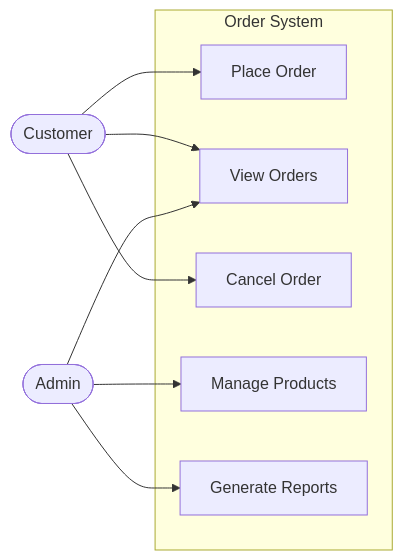
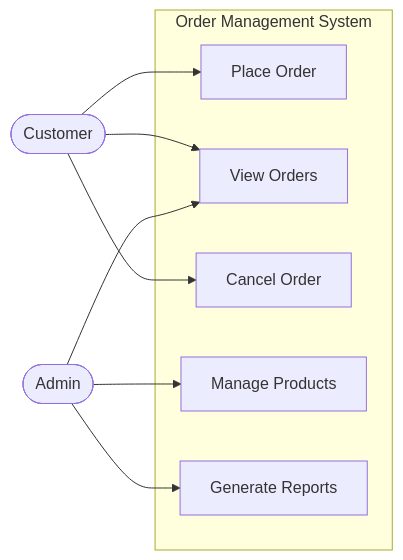
The fifth of 5 diagrams in skills/pseudocode-to-specification/references/mermaid-diagrams.md (DauQuangThanh/hanoi-rainbow), drawn with Mermaid before and after one commit. The commit also changed other lines of this file and 3 other files, not shown here.

````diff
--- a/skills/pseudocode-to-specification/references/mermaid-diagrams.md
+++ b/skills/pseudocode-to-specification/references/mermaid-diagrams.md
@@ -418,20 +332,20 @@
 ```mermaid
 graph LR
     Customer([Customer])
     Admin([Admin])
     
-    subgraph "Order System"
+    subgraph "Order Management System"
         PlaceOrder[Place Order]
         ViewOrders[View Orders]
         CancelOrder[Cancel Order]
         ManageProducts[Manage Products]
         GenerateReports[Generate Reports]
     end
     
     Customer --> PlaceOrder
     Customer --> ViewOrders
     Customer --> CancelOrder
     Admin --> ViewOrders
     Admin --> ManageProducts
     Admin --> GenerateReports
 ```
````
